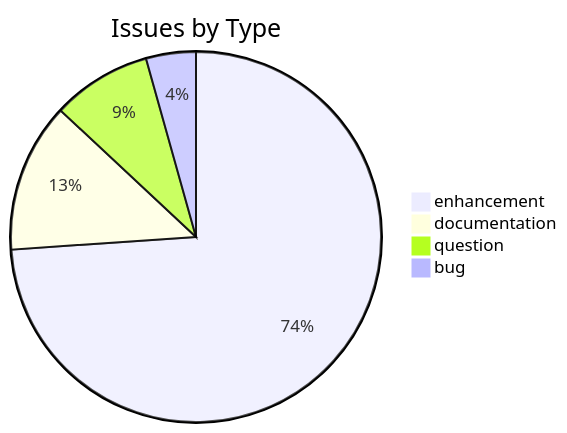
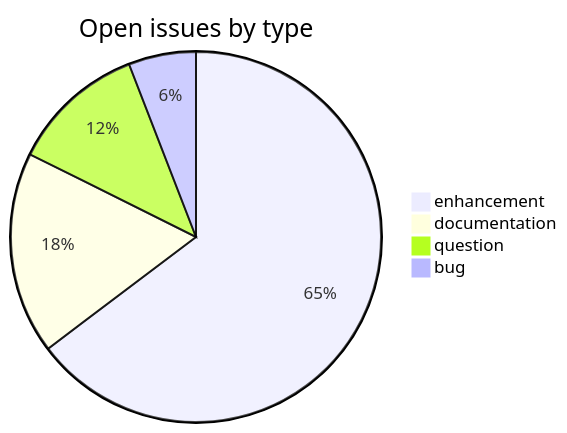
Before and after one commit to sanskrit-lexicon/mw-dev: the first of 2 diagrams in README.md, drawn with Mermaid. The commit also changed other lines of this file, not shown here.

````diff
--- a/README.md
+++ b/README.md
@@ -17,7 +29,7 @@
 ```mermaid
-pie title Issues by Type
-    "enhancement" : 17
+pie title Open issues by type
+    "enhancement" : 11
     "documentation" : 3
     "question" : 2
     "bug" : 1
 ```
````
